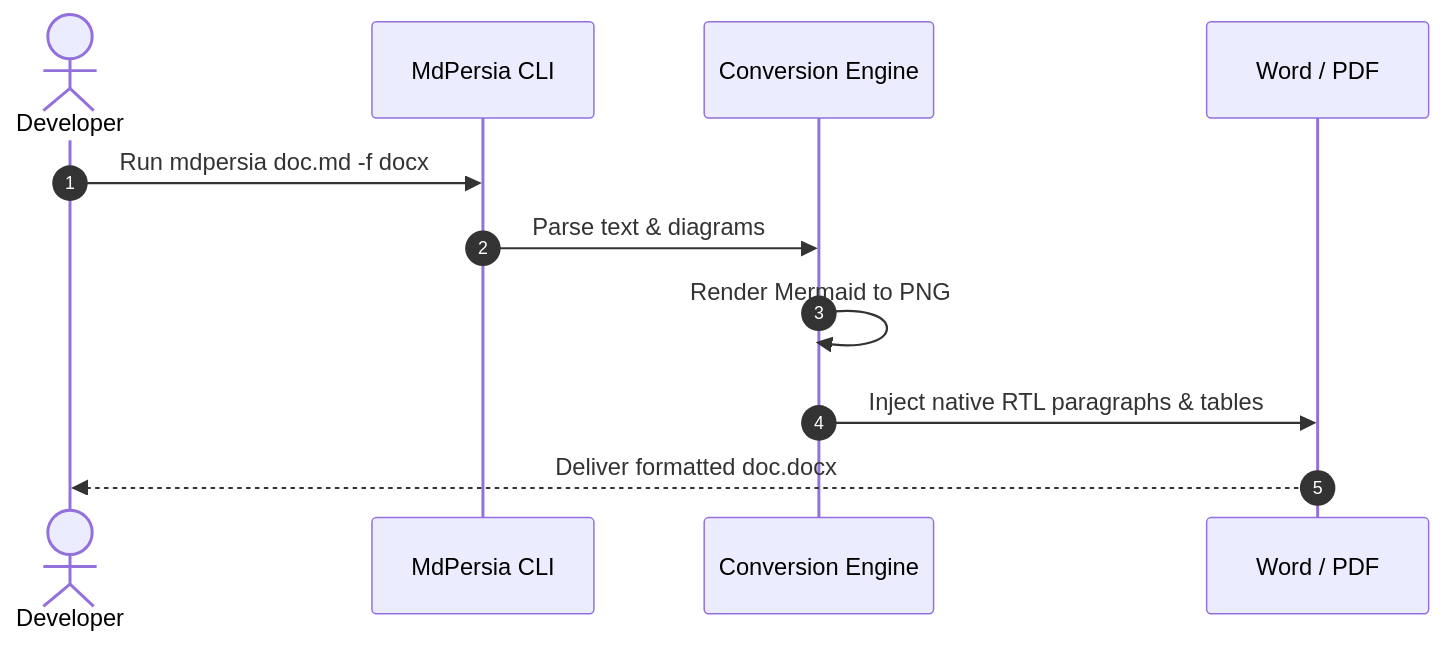
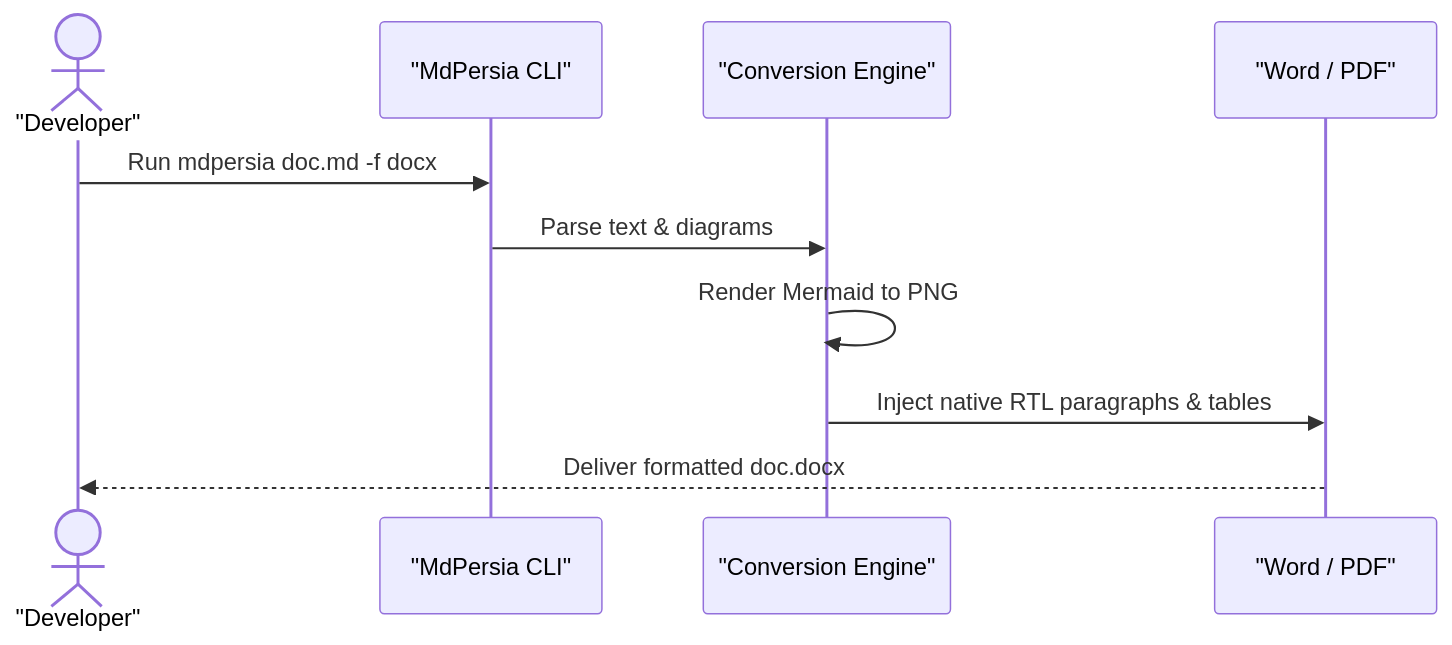
One commit to hamid-morsali-786/MdPersia changed the second of 5 diagrams in README.en.md. Above: the diagram before and after it, drawn with Mermaid. The commit also changed 1 other file, not shown here.

Commit message:
fix(docs): resolve GitHub Mermaid sequence diagram render error by removing autonumber and quoting aliases

````diff
--- a/README.en.md
+++ b/README.en.md
@@ -168,14 +168,12 @@
 ```mermaid
 sequenceDiagram
-    autonumber
-    actor User as Developer
-    participant CLI as MdPersia CLI
-    participant Engine as Conversion Engine
-    participant Output as Word / PDF
-
+    actor User as "Developer"
+    participant CLI as "MdPersia CLI"
+    participant Engine as "Conversion Engine"
+    participant Output as "Word / PDF"
     User->>CLI: Run mdpersia doc.md -f docx
     CLI->>Engine: Parse text & diagrams
     Engine->>Engine: Render Mermaid to PNG
     Engine->>Output: Inject native RTL paragraphs & tables
     Output-->>User: Deliver formatted doc.docx
 ```
````
